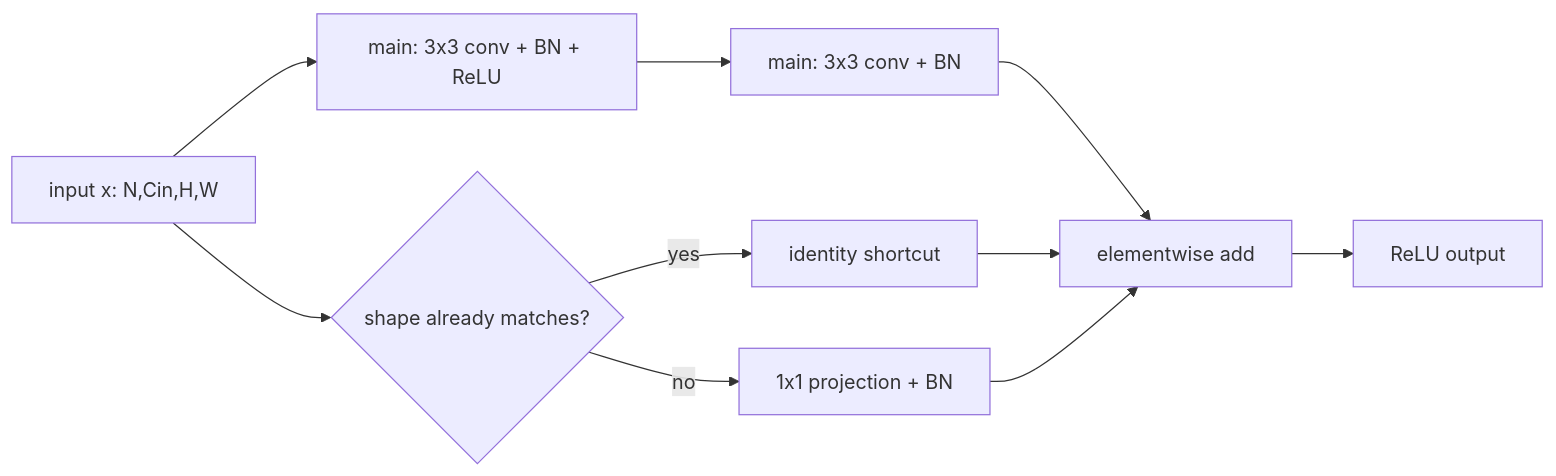
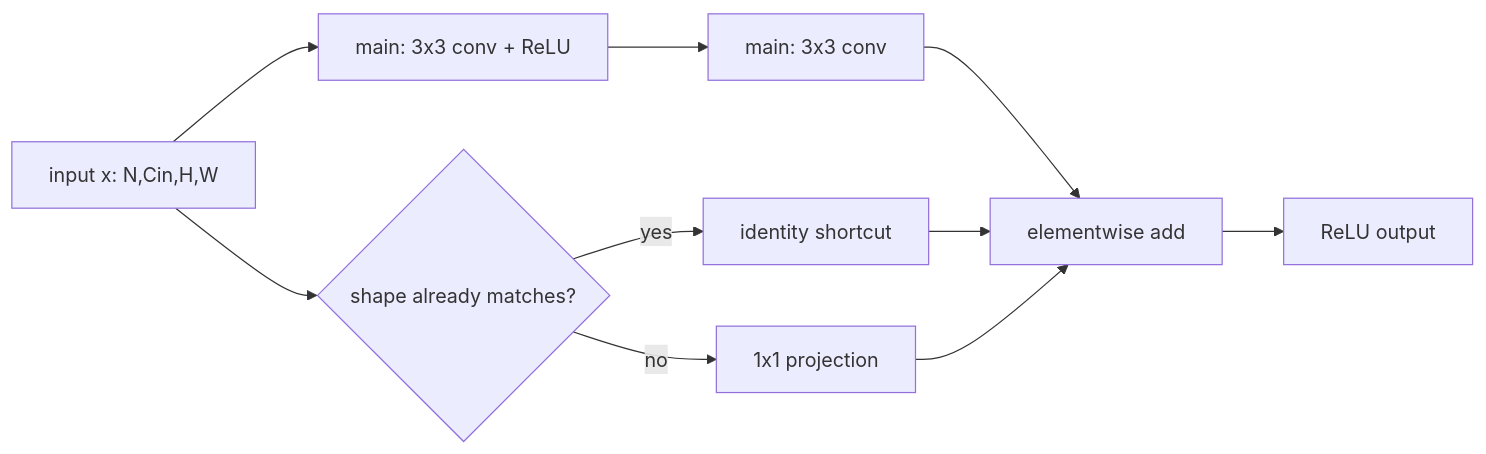
One commit to FxorG00/system-learning-notes changed the diagram in ai_theory/T14/T14.md. Above: the diagram before and after it, drawn with Mermaid. The commit also changed other lines of this file and 17 other files, not shown here.

````diff
--- a/ai_theory/T14/T14.md
+++ b/ai_theory/T14/T14.md
@@ -735,12 +719,12 @@
 ```mermaid
 graph LR
-    X["input x: N,Cin,H,W"] --> M1["main: 3x3 conv + BN + ReLU"]
-    M1 --> M2["main: 3x3 conv + BN"]
+    X["input x: N,Cin,H,W"] --> M1["main: 3x3 conv + ReLU"]
+    M1 --> M2["main: 3x3 conv"]
     X --> S{"shape already matches?"}
     S -->|yes| I["identity shortcut"]
-    S -->|no| P["1x1 projection + BN"]
+    S -->|no| P["1x1 projection"]
     M2 --> A["elementwise add"]
     I --> A
     P --> A
     A --> R["ReLU output"]
 ```
````
